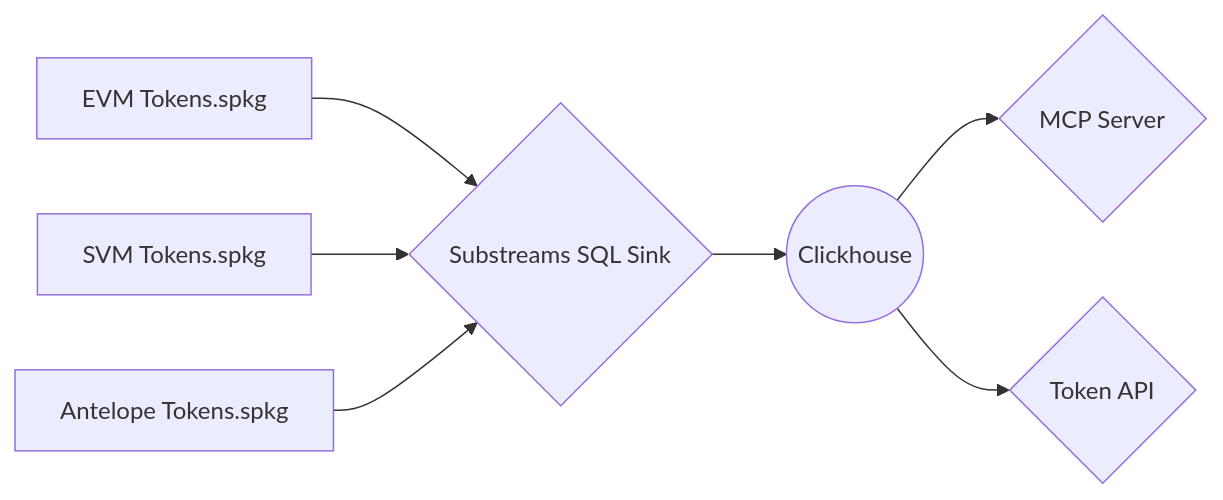
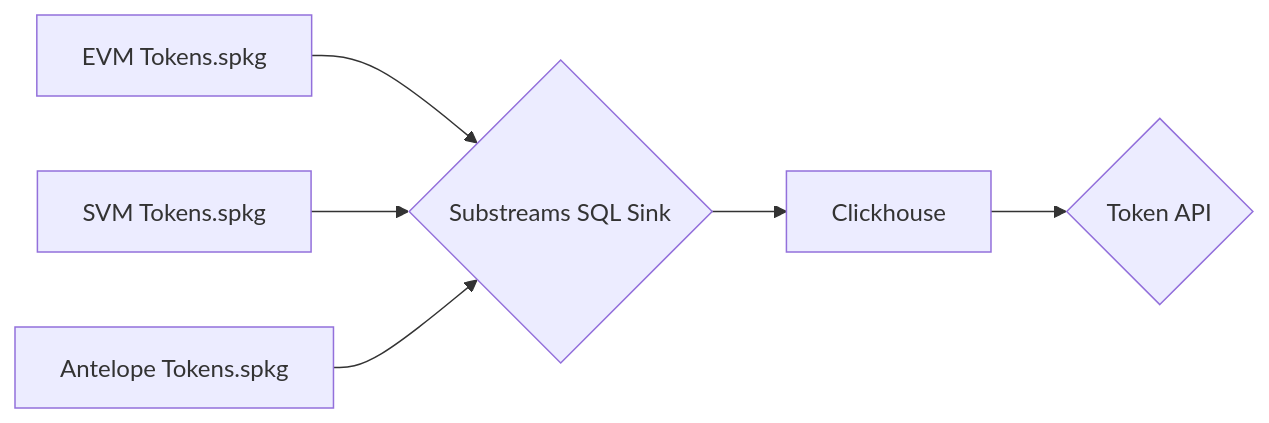
One commit to pinax-network/token-api changed the diagram in README.md. Above: the diagram before and after it, drawn with Mermaid. The commit also changed other lines of this file and 11 other files, not shown here.

First line of the commit message:
Remove MCP server from Token API

````diff
--- a/README.md
+++ b/README.md
@@ -42,9 +37,8 @@
 ```mermaid
 flowchart LR
   S1[EVM Tokens.spkg] --> Sink{Substreams SQL Sink}
   S2[SVM Tokens.spkg] --> Sink
   S3[Antelope Tokens.spkg] --> Sink
   Sink --> Clickhouse
-  Clickhouse((Clickhouse)) --> Server{MCP Server}
   Clickhouse --> API{Token API}
 ```
````
